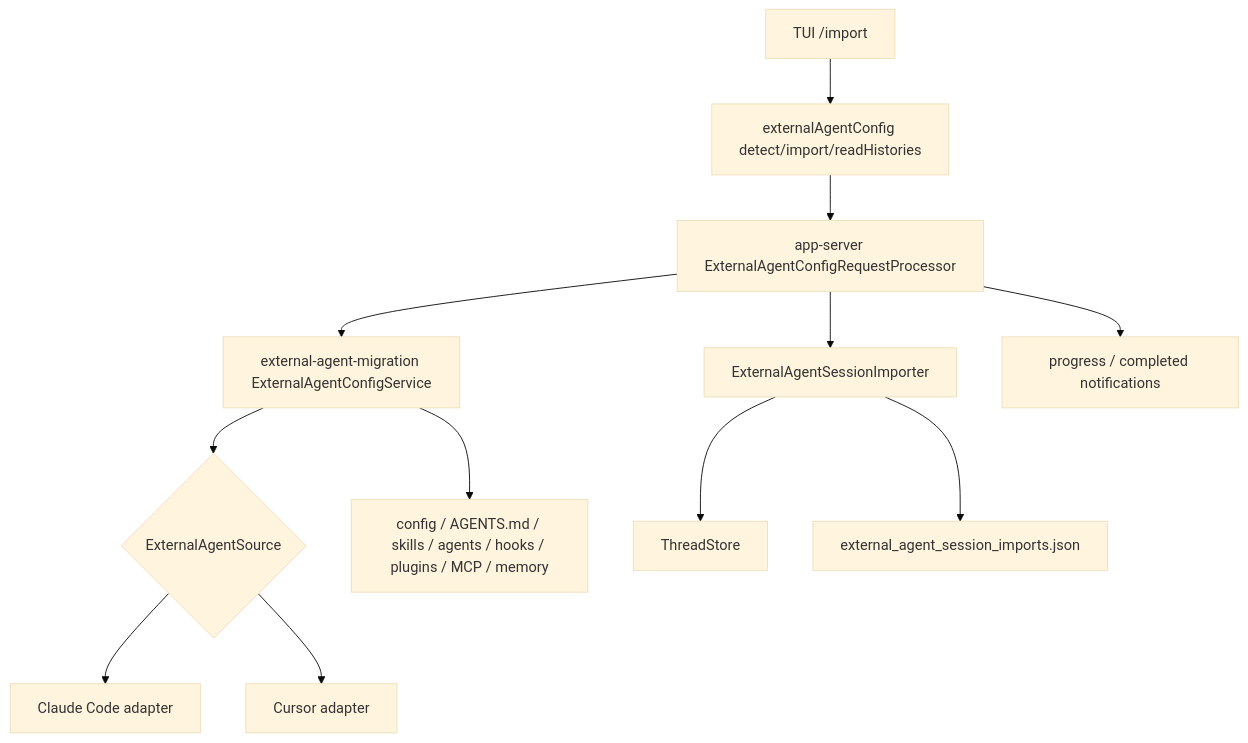
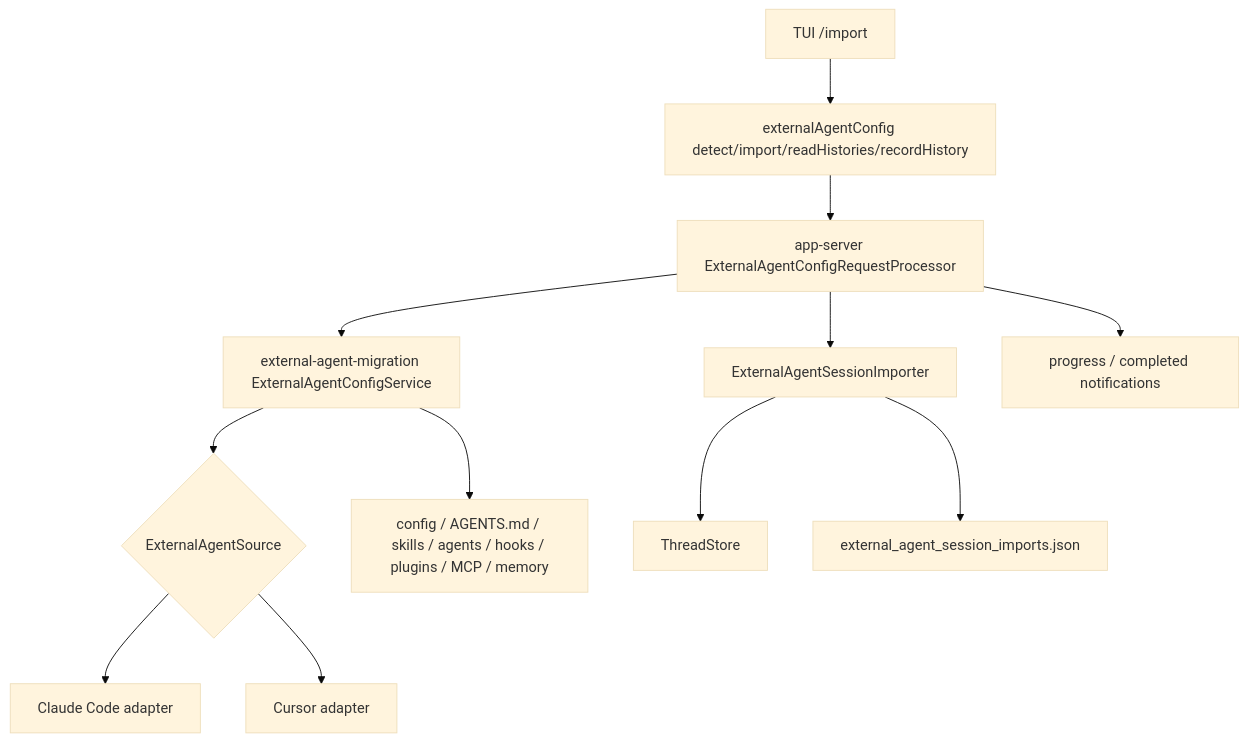
Before and after one commit to wdnmdtonyma/SOTA-Agent-LLM-Wiki: the diagram in docs/llm-wiki/codex/surface/cli/external-agent-import.md, drawn with Mermaid (base theme). The commit also changed other lines of this file and 183 other files, not shown here.

````diff
--- a/docs/llm-wiki/codex/surface/cli/external-agent-import.md
+++ b/docs/llm-wiki/codex/surface/cli/external-agent-import.md
@@ -24,14 +24,14 @@
 ```mermaid
 flowchart TD
-    TUI["TUI /import"] --> RPC["externalAgentConfig detect/import/readHistories"]
+    TUI["TUI /import"] --> RPC["externalAgentConfig detect/import/readHistories/recordHistory"]
     RPC --> PROCESSOR["app-server ExternalAgentConfigRequestProcessor"]
     PROCESSOR --> SERVICE["external-agent-migration ExternalAgentConfigService"]
     SERVICE --> SOURCE{"ExternalAgentSource"}
     SOURCE --> CLA["Claude Code adapter"]
     SOURCE --> CUR["Cursor adapter"]
     SERVICE --> FILES["config / AGENTS.md / skills / agents / hooks / plugins / MCP / memory"]
     PROCESSOR --> IMPORTER["ExternalAgentSessionImporter"]
     IMPORTER --> THREADSTORE["ThreadStore"]
     IMPORTER --> LEDGER["external_agent_session_imports.json"]
     PROCESSOR --> NOTIFY["progress / completed notifications"]
 ```
````
